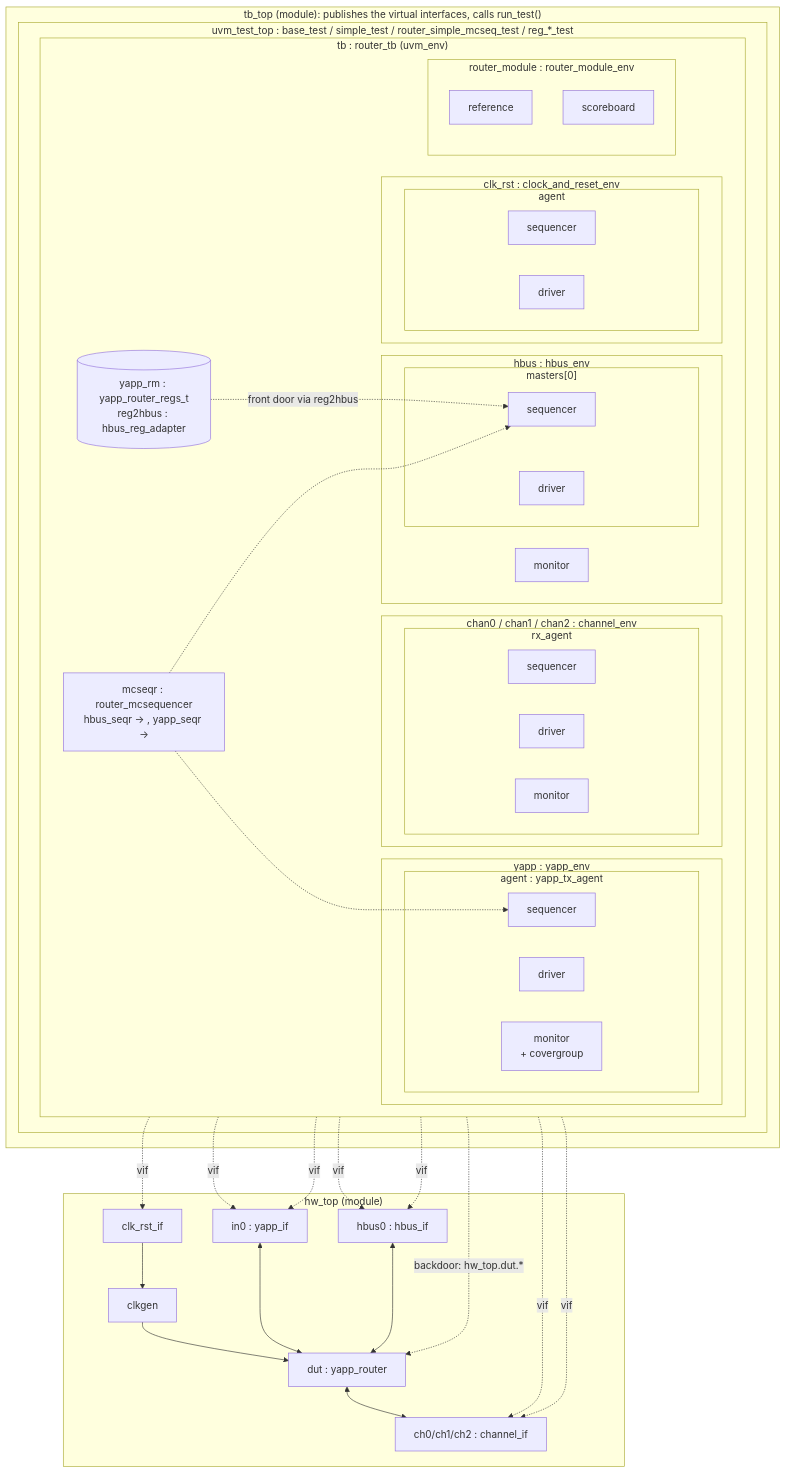
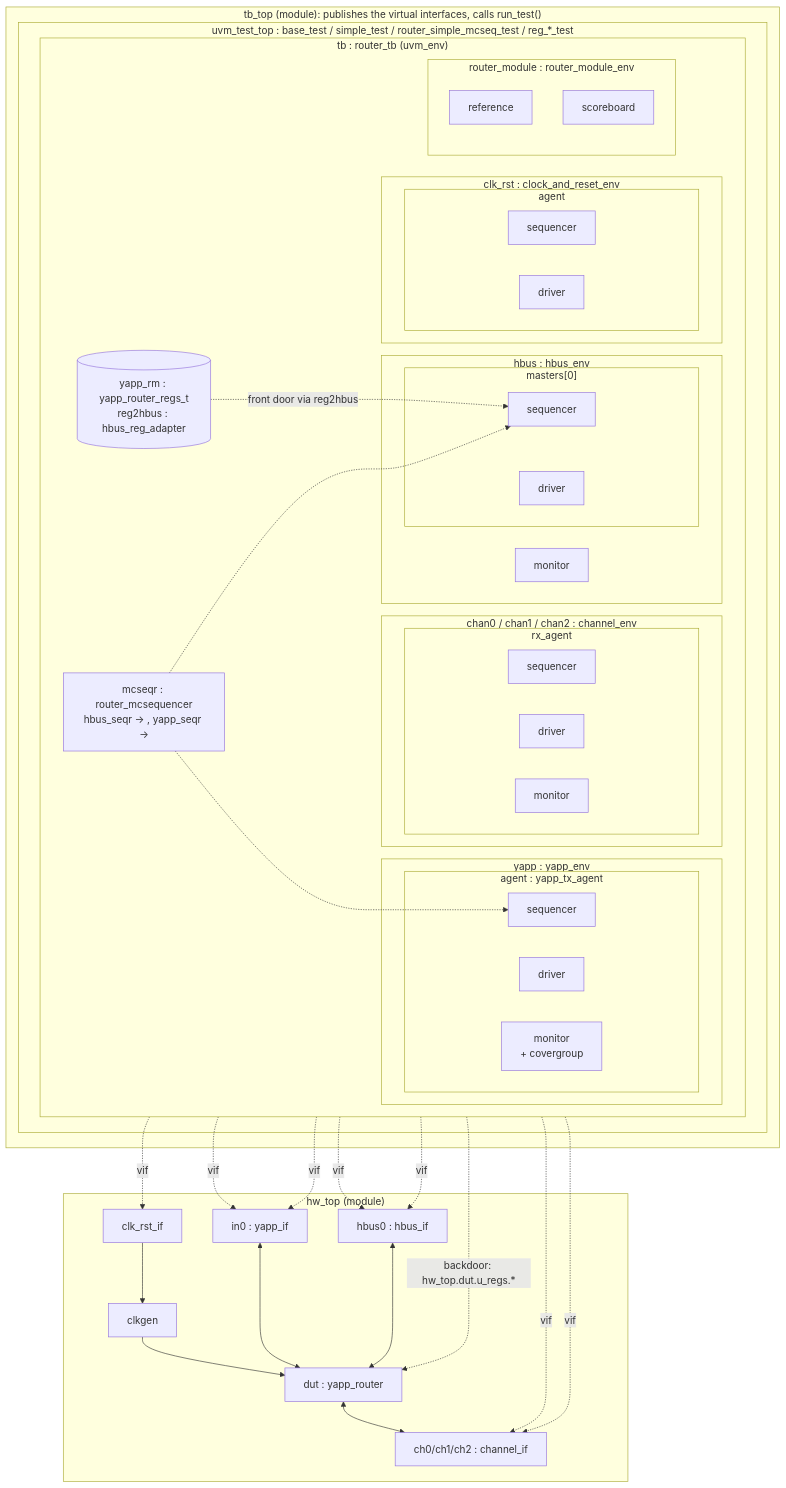
Before and after one commit to tamirgabgab/Qcom-Mentoring: the first of 3 diagrams in docs/uvm/architecture.md, drawn with Mermaid. The commit also changed other lines of this file and 34 other files, not shown here.

First line of the commit message:
Docs: yapp_project tree, extern style, explicit sequences and field methods

````diff
--- a/docs/uvm/architecture.md
+++ b/docs/uvm/architecture.md
@@ -11,66 +11,66 @@
 ```mermaid
 flowchart TB
     subgraph tb_top["tb_top (module): publishes the virtual interfaces, calls run_test()"]
         subgraph test["uvm_test_top : base_test / simple_test / router_simple_mcseq_test / reg_*_test"]
             subgraph tb["tb : router_tb (uvm_env)"]
                 direction LR
                 subgraph yapp["yapp : yapp_env"]
                     subgraph yagent["agent : yapp_tx_agent"]
                         yseqr["sequencer"]
                         ydrv["driver"]
                         ymon["monitor<br/>+ covergroup"]
                     end
                 end
                 subgraph chan["chan0 / chan1 / chan2 : channel_env"]
                     subgraph cagent["rx_agent"]
                         cseqr["sequencer"]
                         cdrv["driver"]
                         cmon["monitor"]
                     end
                 end
                 subgraph hbus["hbus : hbus_env"]
                     subgraph hagent["masters[0]"]
                         hseqr["sequencer"]
                         hdrv["driver"]
                     end
                     hmon["monitor"]
                 end
                 subgraph clk["clk_rst : clock_and_reset_env"]
                     subgraph kagent["agent"]
                         kseqr["sequencer"]
                         kdrv["driver"]
                     end
                 end
                 mcseqr["mcseqr : router_mcsequencer<br/>hbus_seqr → , yapp_seqr →"]
                 subgraph rm["router_module : router_module_env"]
                     ref["reference"]
                     sb["scoreboard"]
                 end
                 yrm[("yapp_rm : yapp_router_regs_t<br/>reg2hbus : hbus_reg_adapter")]
             end
         end
     end
     subgraph hw_top["hw_top (module)"]
         clkif["clk_rst_if"]
         clkgen["clkgen"]
         in0["in0 : yapp_if"]
         hb0["hbus0 : hbus_if"]
         ch0["ch0/ch1/ch2 : channel_if"]
         dut["dut : yapp_router"]
         clkif --> clkgen --> dut
         in0 <--> dut
         hb0 <--> dut
         dut <--> ch0
     end
     ydrv -. vif .-> in0
     ymon -. vif .-> in0
     cdrv -. vif .-> ch0
     cmon -. vif .-> ch0
     hdrv -. vif .-> hb0
     hmon -. vif .-> hb0
     kdrv -. vif .-> clkif
     mcseqr -.-> hseqr
     mcseqr -.-> yseqr
     yrm -. "front door via reg2hbus" .-> hseqr
-    yrm -. "backdoor: hw_top.dut.*" .-> dut
+    yrm -. "backdoor: hw_top.dut.u_regs.*" .-> dut
 ```
````
